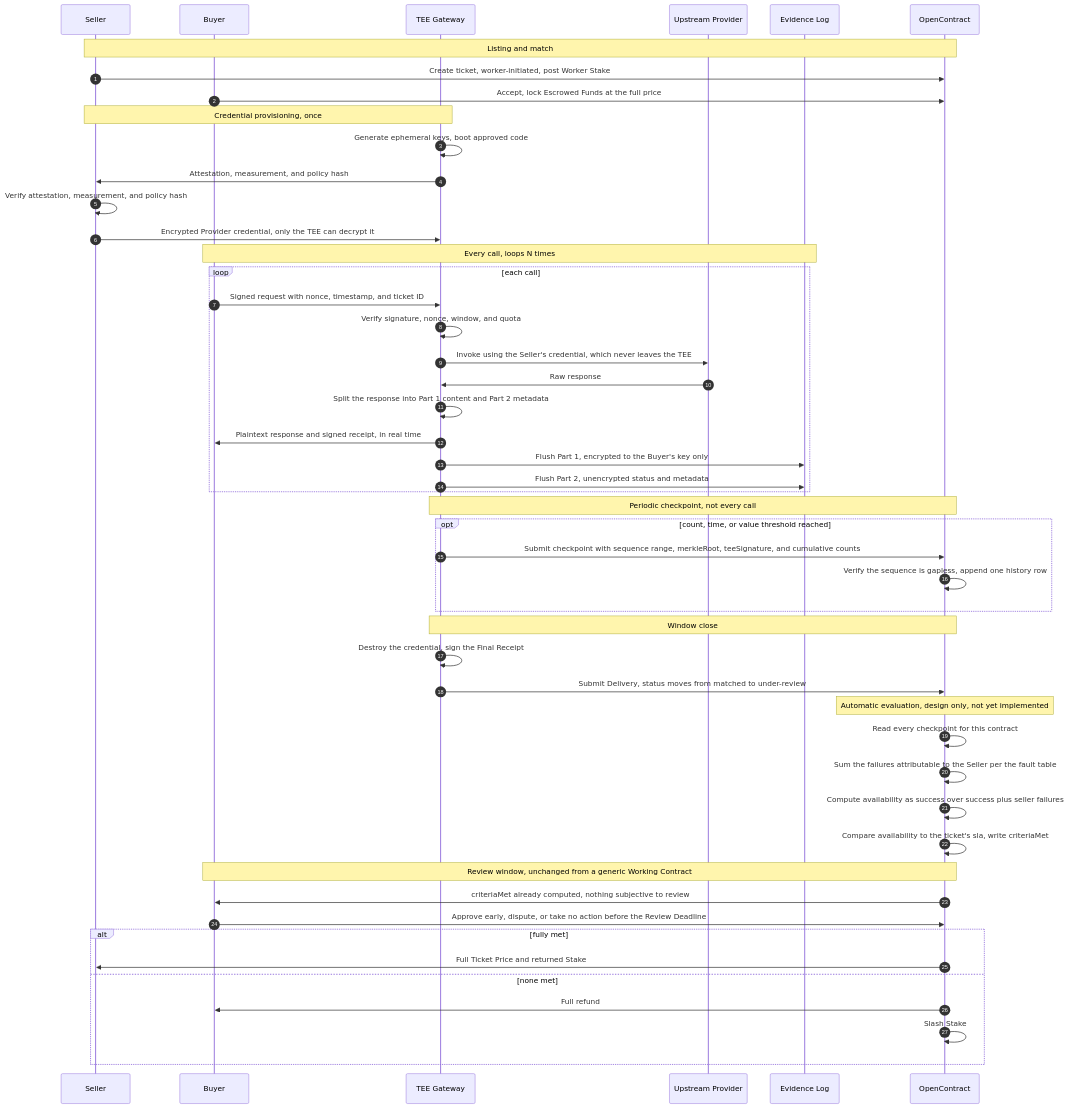
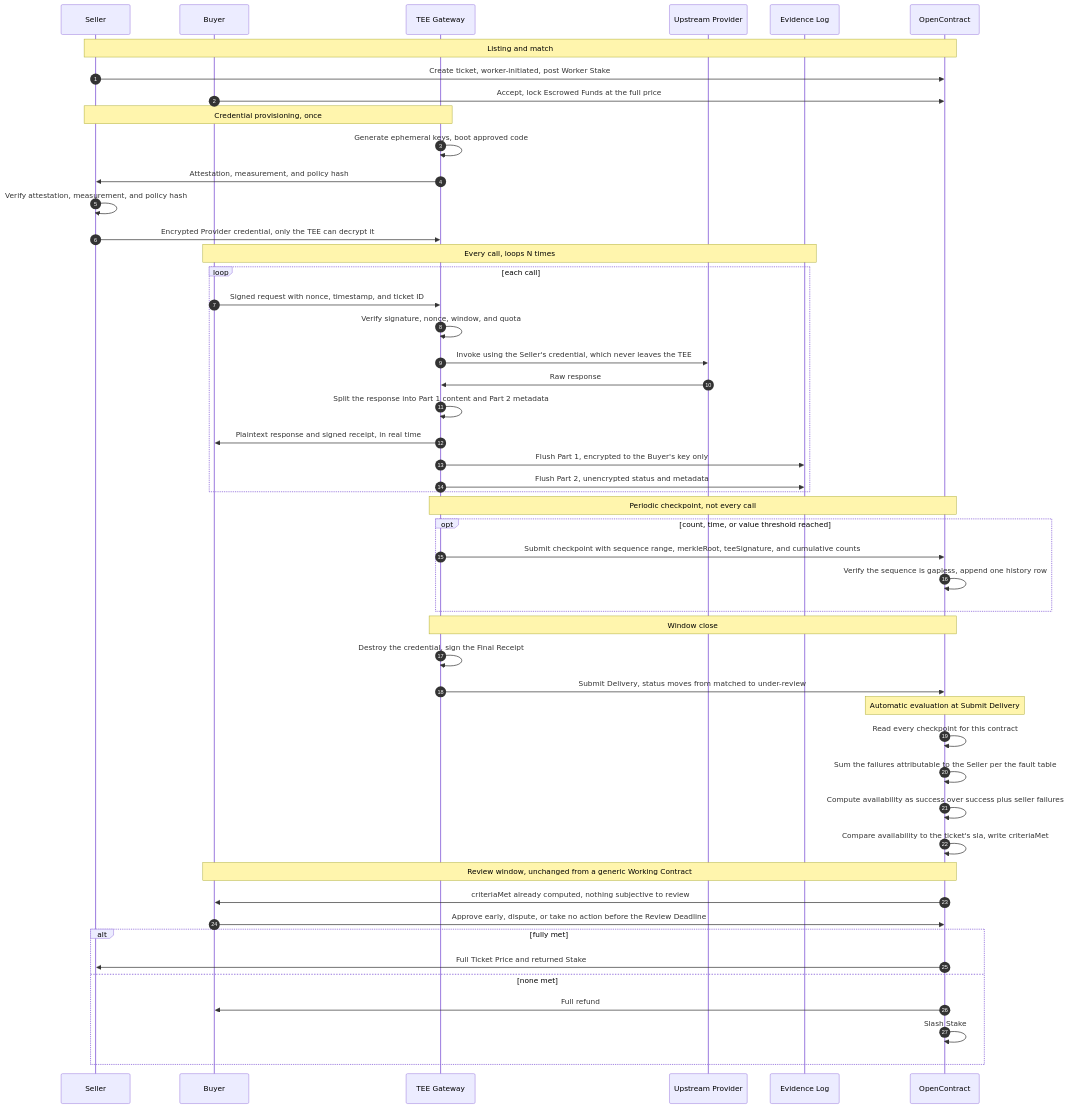
Before and after one commit to ronming1303/open-contract: the first of 5 diagrams in docs/applications/tokenswap.mdx, drawn with Mermaid. The commit also changed other lines of this file, not shown here.

````diff
--- a/docs/applications/tokenswap.mdx
+++ b/docs/applications/tokenswap.mdx
@@ -34,59 +34,59 @@
 ```mermaid
 sequenceDiagram
     autonumber
     participant Seller
     participant Buyer
     participant TEE as TEE Gateway
     participant Provider as Upstream Provider
     participant Log as Evidence Log
     participant OC as OpenContract
 
     Note over Seller,OC: Listing and match
     Seller->>OC: Create ticket, worker-initiated, post Worker Stake
     Buyer->>OC: Accept, lock Escrowed Funds at the full price
 
     Note over Seller,TEE: Credential provisioning, once
     TEE->>TEE: Generate ephemeral keys, boot approved code
     TEE->>Seller: Attestation, measurement, and policy hash
     Seller->>Seller: Verify attestation, measurement, and policy hash
     Seller->>TEE: Encrypted Provider credential, only the TEE can decrypt it
 
     Note over Buyer,Log: Every call, loops N times
     loop each call
         Buyer->>TEE: Signed request with nonce, timestamp, and ticket ID
         TEE->>TEE: Verify signature, nonce, window, and quota
         TEE->>Provider: Invoke using the Seller's credential, which never leaves the TEE
         Provider->>TEE: Raw response
         TEE->>TEE: Split the response into Part 1 content and Part 2 metadata
         TEE->>Buyer: Plaintext response and signed receipt, in real time
         TEE->>Log: Flush Part 1, encrypted to the Buyer's key only
         TEE->>Log: Flush Part 2, unencrypted status and metadata
     end
 
     Note over TEE,OC: Periodic checkpoint, not every call
     opt count, time, or value threshold reached
         TEE->>OC: Submit checkpoint with sequence range, merkleRoot, teeSignature, and cumulative counts
         OC->>OC: Verify the sequence is gapless, append one history row
     end
 
     Note over TEE,OC: Window close
     TEE->>TEE: Destroy the credential, sign the Final Receipt
     TEE->>OC: Submit Delivery, status moves from matched to under-review
 
-    Note over OC: Automatic evaluation, design only, not yet implemented
+    Note over OC: Automatic evaluation at Submit Delivery
     OC->>OC: Read every checkpoint for this contract
     OC->>OC: Sum the failures attributable to the Seller per the fault table
     OC->>OC: Compute availability as success over success plus seller failures
     OC->>OC: Compare availability to the ticket's sla, write criteriaMet
 
     Note over Buyer,OC: Review window, unchanged from a generic Working Contract
     OC->>Buyer: criteriaMet already computed, nothing subjective to review
     Buyer->>OC: Approve early, dispute, or take no action before the Review Deadline
 
     alt fully met
         OC->>Seller: Full Ticket Price and returned Stake
     else none met
         OC->>Buyer: Full refund
         OC->>OC: Slash Stake
     end
 ```
````
